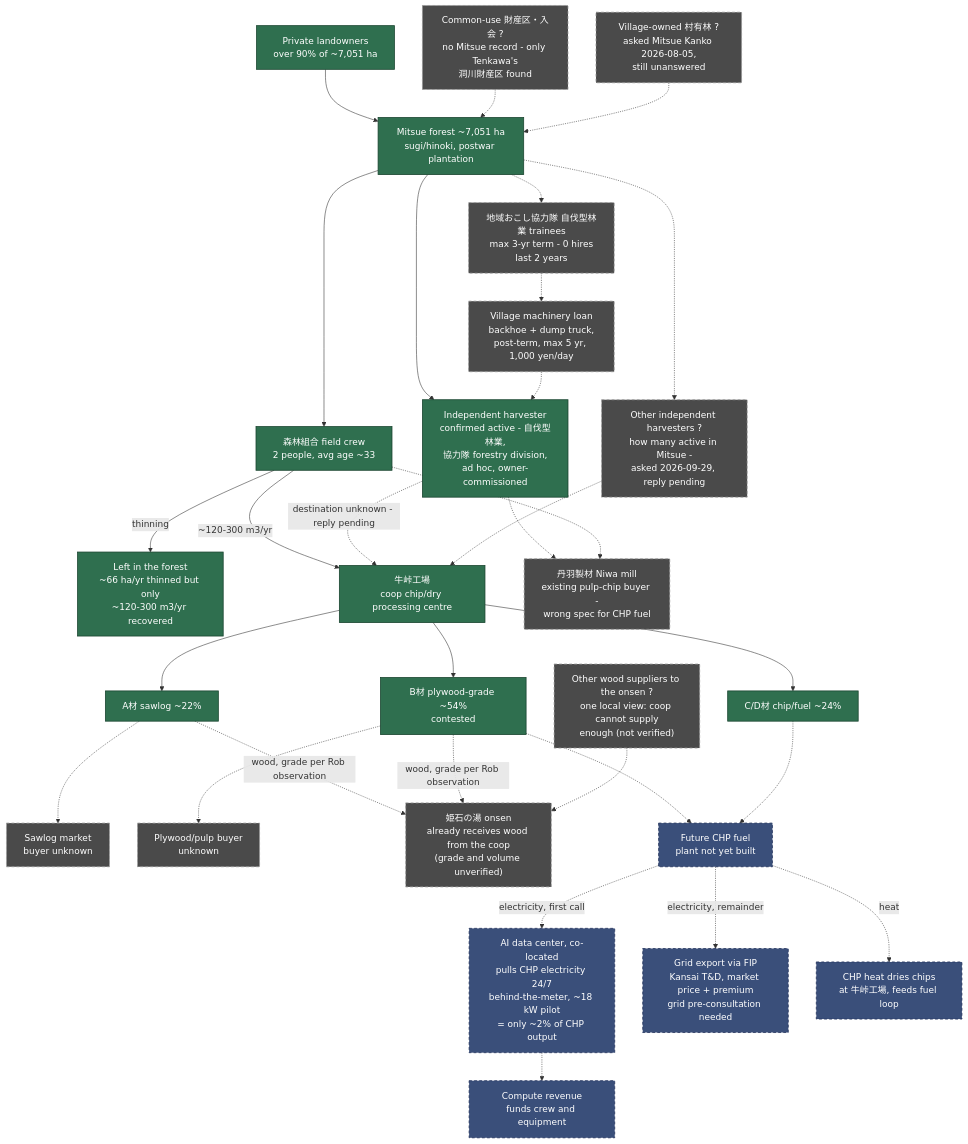
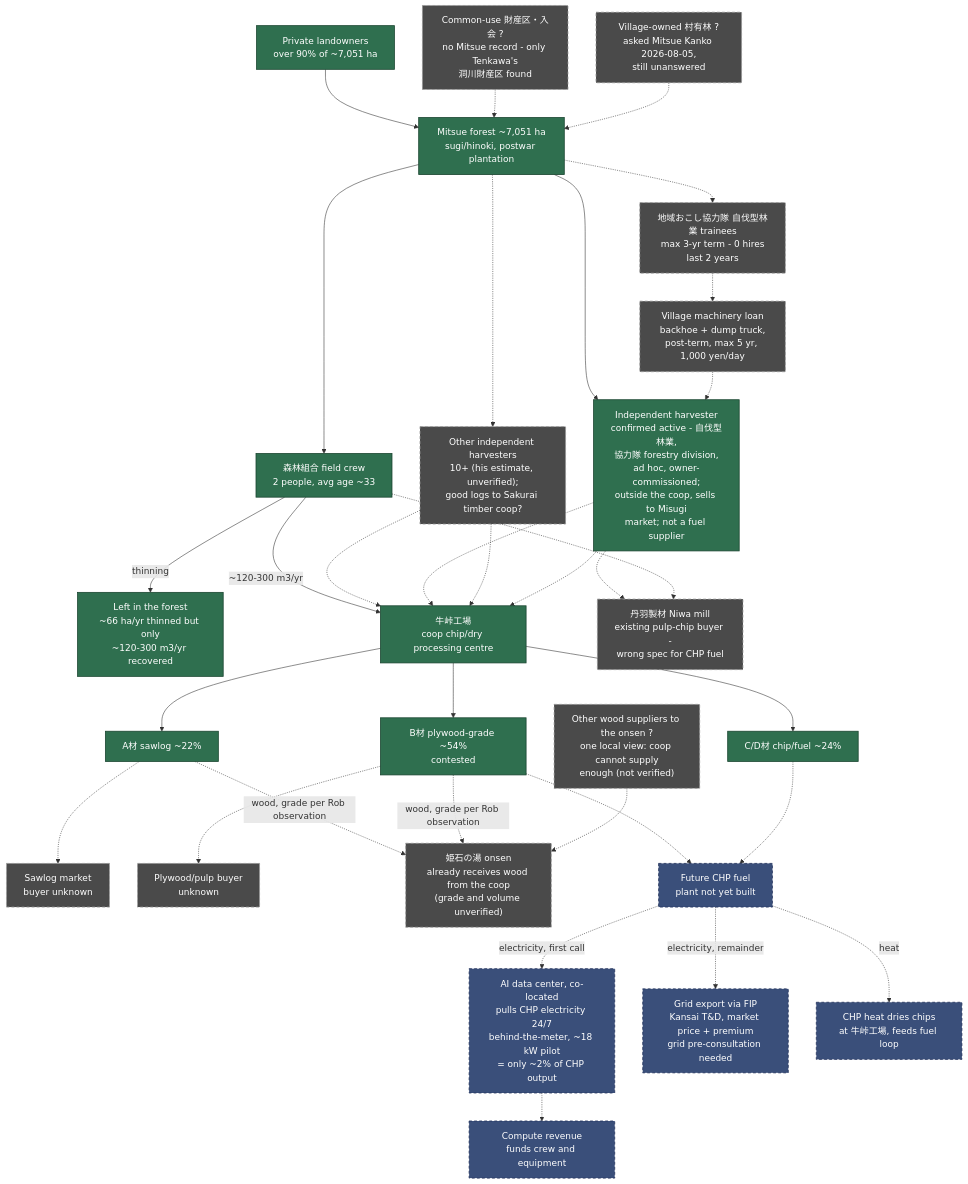
Before and after one commit to robouden/mitsue-ai-data-center: the diagram in docs/energy-forest/workforce/mitsue_forest_supply_chain_diagram.md, drawn with Mermaid. The commit also changed other lines of this file and 11 other files, not shown here.

Commit message:
Add Yamaguchi reply findings; update supply chain diagrams and Oct 2 coop prep questions

````diff
--- a/docs/energy-forest/workforce/mitsue_forest_supply_chain_diagram.md
+++ b/docs/energy-forest/workforce/mitsue_forest_supply_chain_diagram.md
@@ -11,71 +11,73 @@
 ```mermaid
 flowchart TD
     own1["Private landowners<br/>over 90% of ~7,051 ha"]
     own2["Common-use 財産区・入会 ?<br/>no Mitsue record - only Tenkawa's<br/>洞川財産区 found"]
     own3["Village-owned 村有林 ?<br/>asked Mitsue Kanko 2026-08-05,<br/>still unanswered"]
 
     forest["Mitsue forest ~7,051 ha<br/>sugi/hinoki, postwar plantation"]
 
     own1 --> forest
     own2 -.-> forest
     own3 -.-> forest
 
     coopcrew["森林組合 field crew<br/>2 people, avg age ~33"]
-    yamaguchi["Independent harvester<br/>confirmed active - 自伐型林業,<br/>協力隊 forestry division,<br/>ad hoc, owner-commissioned"]
-    otherindep["Other independent harvesters ?<br/>how many active in Mitsue -<br/>asked 2026-09-29, reply pending"]
+    yamaguchi["Independent harvester<br/>confirmed active - 自伐型林業,<br/>協力隊 forestry division,<br/>ad hoc, owner-commissioned;<br/>outside the coop, sells to Misugi<br/>market; not a fuel supplier"]
+    otherindep["Other independent harvesters<br/>10+ (his estimate, unverified);<br/>good logs to Sakurai timber coop?"]
     corps["地域おこし協力隊 自伐型林業 trainees<br/>max 3-yr term - 0 hires<br/>last 2 years"]
     loan["Village machinery loan<br/>backhoe + dump truck,<br/>post-term, max 5 yr, 1,000 yen/day"]
 
     forest --> coopcrew
     forest --> yamaguchi
     forest -.-> otherindep
     forest -.-> corps
     corps -.-> loan
     loan -.-> yamaguchi
 
     leftover["Left in the forest<br/>~66 ha/yr thinned but only<br/>~120-300 m3/yr recovered"]
     coopcrew -->|thinning| leftover
 
     mill["牛峠工場<br/>coop chip/dry processing centre"]
     coopcrew -->|"~120-300 m3/yr"| mill
-    yamaguchi -.->|"destination unknown - reply pending"| mill
     otherindep -.-> mill
+    yamaguchi -.-> mill
+    otherindep -.-> mill
+    yamaguchi -.-> mill
 
     niwa["丹羽製材 Niwa mill<br/>existing pulp-chip buyer -<br/>wrong spec for CHP fuel"]
     yamaguchi -.-> niwa
     coopcrew -.-> niwa
 
     mill --> gA["A材 sawlog ~22%"]
     mill --> gB["B材 plywood-grade ~54%<br/>contested"]
     mill --> gCD["C/D材 chip/fuel ~24%"]
 
     sawmkt["Sawlog market<br/>buyer unknown"]
     plymkt["Plywood/pulp buyer<br/>unknown"]
     onsen["姫石の湯 onsen<br/>already receives wood from the coop<br/>(grade and volume unverified)"]
     othersup["Other wood suppliers to the onsen ?<br/>one local view: coop cannot supply<br/>enough (not verified)"]
     chp["Future CHP fuel<br/>plant not yet built"]
     dc["AI data center, co-located<br/>pulls CHP electricity 24/7<br/>behind-the-meter, ~18 kW pilot<br/>= only ~2% of CHP output"]
     grid["Grid export via FIP<br/>Kansai T&D, market price + premium<br/>grid pre-consultation needed"]
     dry["CHP heat dries chips<br/>at 牛峠工場, feeds fuel loop"]
     compute["Compute revenue<br/>funds crew and equipment"]
 
     gA -.-> sawmkt
     gB -.-> plymkt
     gB -.-> chp
     gCD -.-> chp
     gA -.->|"wood, grade per Rob observation"| onsen
     gB -.->|"wood, grade per Rob observation"| onsen
     othersup -.-> onsen
     chp -.->|heat| dry
     chp -.->|"electricity, first call"| dc
     chp -.->|"electricity, remainder"| grid
     dc -.-> compute
 
     classDef known fill:#2f6f4f,stroke:#1a4530,stroke-width:1.4px,color:#ffffff
     classDef unknown fill:#4a4a4a,stroke:#999999,stroke-width:1.4px,color:#ffffff,stroke-dasharray:5 4
     classDef future fill:#3a4f7a,stroke:#22315c,stroke-width:1.4px,color:#ffffff,stroke-dasharray:5 4
 
     class own1,forest,coopcrew,yamaguchi,leftover,mill,gA,gB,gCD known
     class own2,own3,otherindep,corps,loan,sawmkt,plymkt,niwa,onsen,othersup unknown
     class chp,dc,grid,dry,compute future
 ```
````
